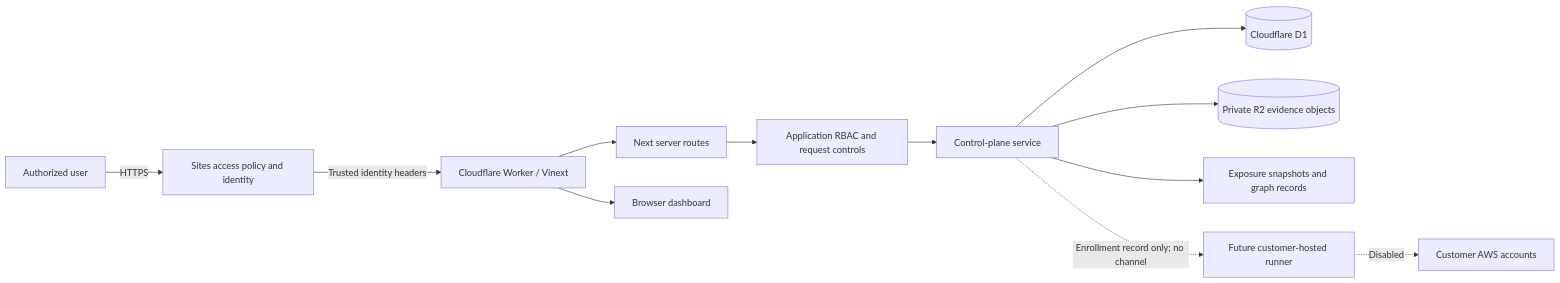
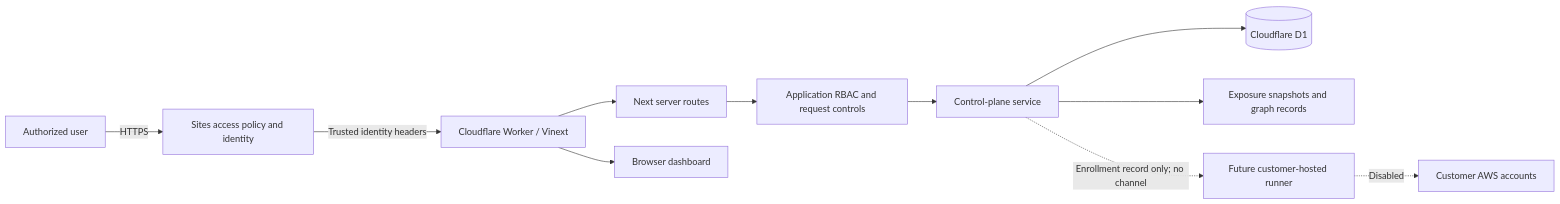
Before and after one commit to jaysonguglietta/CloudPen: the first of 2 diagrams in docs/architecture.md, drawn with Mermaid. The commit also changed other lines of this file and 27 other files, not shown here.

````diff
--- a/docs/architecture.md
+++ b/docs/architecture.md
@@ -9,14 +9,13 @@
 ```mermaid
 flowchart LR
   U["Authorized user"] -->|HTTPS| S["Sites access policy and identity"]
   S -->|Trusted identity headers| W["Cloudflare Worker / Vinext"]
   W --> P["Next server routes"]
   P --> A["Application RBAC and request controls"]
   A --> C["Control-plane service"]
   C --> D[("Cloudflare D1")]
-  C --> O[("Private R2 evidence objects")]
   W --> B["Browser dashboard"]
   C --> X["Exposure snapshots and graph records"]
   C -. "Enrollment record only; no channel" .-> R["Future customer-hosted runner"]
   R -. "Disabled" .-> AWS["Customer AWS accounts"]
 ```
````
